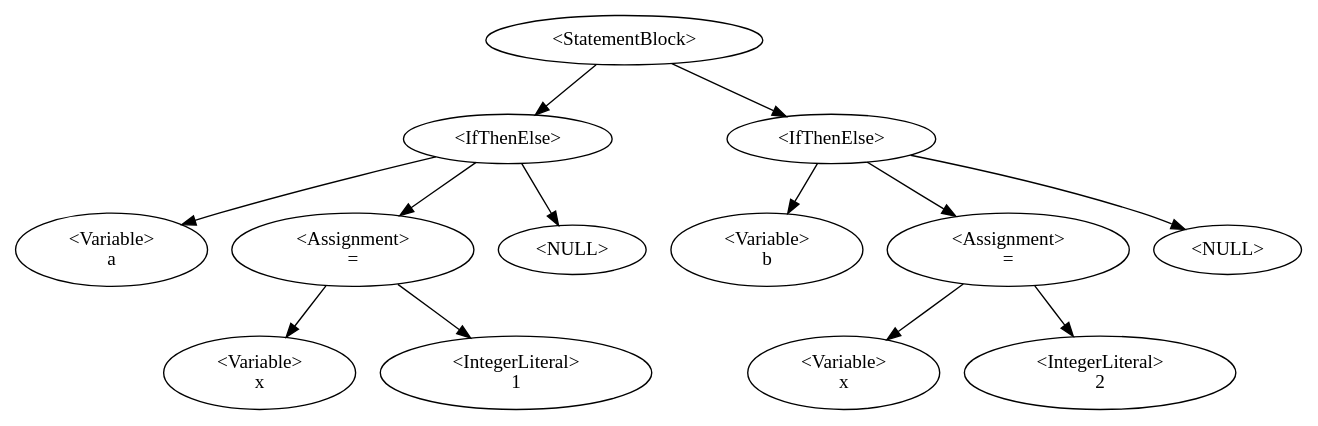
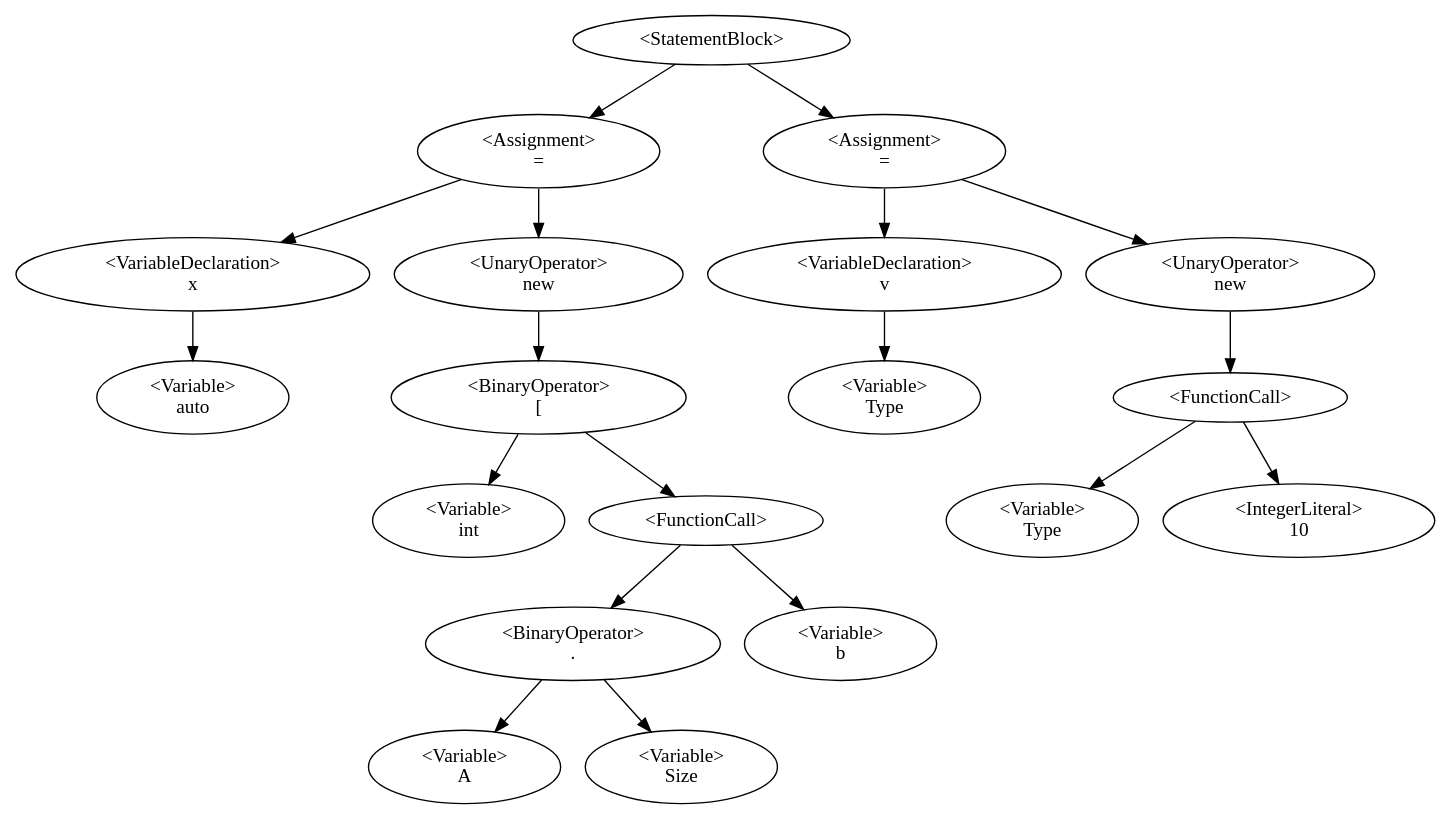
Before and after one commit to QazmoQwerty/dino: the diagram in Dino/Dino/AstDisplay.gv, drawn with Graphviz. The commit also changed 2 other files, not shown here.

```diff
--- a/Dino/Dino/AstDisplay.gv
+++ b/Dino/Dino/AstDisplay.gv
@@ -1,13 +1,21 @@
 digraph G {
-0 [label="<StatementBlock>"];0->1;0->6;
-1 [label="<IfThenElse>"];1->2;1->4;1->-1;-1 [label="<NULL>"];
-2 [label="<Variable>\na"];
-4 [label="<Assignment>\n="];4->3;4->5;
-3 [label="<Variable>\nx"];
-5 [label="<IntegerLiteral>\n1"];
-6 [label="<IfThenElse>"];6->7;6->9;6->-2;-2 [label="<NULL>"];
-7 [label="<Variable>\nb"];
-9 [label="<Assignment>\n="];9->8;9->10;
-8 [label="<Variable>\nx"];
-10 [label="<IntegerLiteral>\n2"];
+0 [label="<StatementBlock>"];0->3;0->14;
+3 [label="<Assignment>\n="];3->2;3->4;
+2 [label="<VariableDeclaration>\nx"];2->1;
+1 [label="<Variable>\nauto"];
+4 [label="<UnaryOperator>\nnew"];4->6;
+6 [label="<BinaryOperator>\n["];6->5;6->10;
+5 [label="<Variable>\nint"];
+10 [label="<FunctionCall>\n"];10->8;10->11;
+8 [label="<BinaryOperator>\n."];8->7;8->9;
+7 [label="<Variable>\nA"];
+9 [label="<Variable>\nSize"];
+11 [label="<Variable>\nb"];
+14 [label="<Assignment>\n="];14->13;14->15;
+13 [label="<VariableDeclaration>\nv"];13->12;
+12 [label="<Variable>\nType"];
+15 [label="<UnaryOperator>\nnew"];15->17;
+17 [label="<FunctionCall>\n"];17->16;17->18;
+16 [label="<Variable>\nType"];
+18 [label="<IntegerLiteral>\n10"];
 }
```
